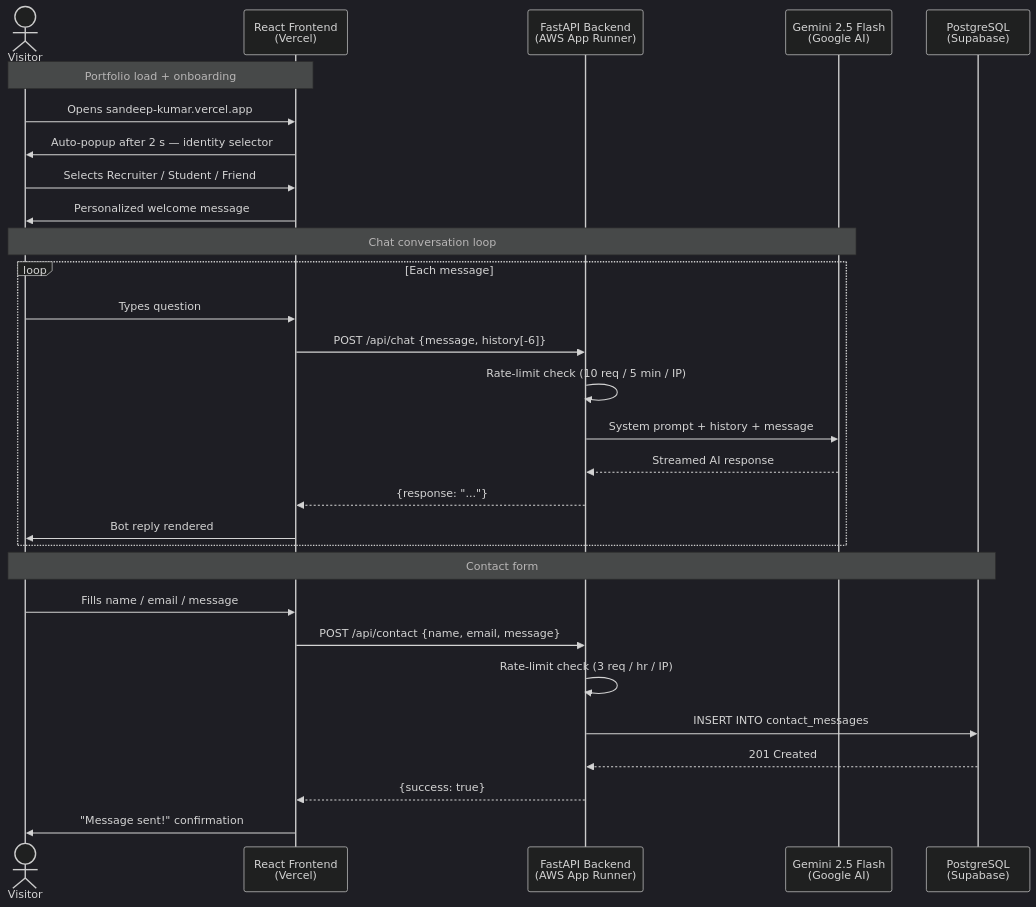
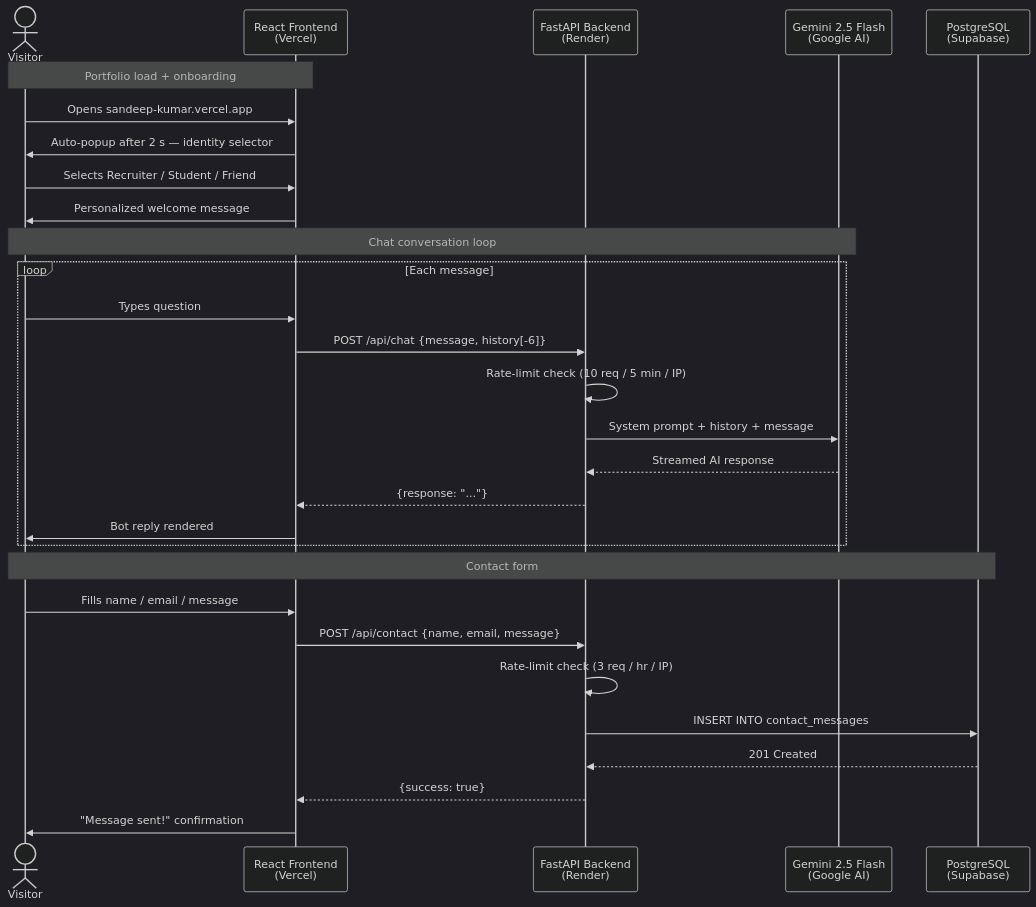
The second of 3 diagrams in README.md (Qisanxi/Portfolio), drawn with Mermaid (dark theme) before and after one commit. The commit also changed other lines of this file, not shown here.

First line of the commit message:
docs: update deployment — Render backend, AWS Lambda as future goal

````diff
--- a/README.md
+++ b/README.md
@@ -90,34 +90,34 @@
 ```mermaid
 sequenceDiagram
     actor V as Visitor
     participant FE as React Frontend<br/>(Vercel)
-    participant API as FastAPI Backend<br/>(AWS App Runner)
+    participant API as FastAPI Backend<br/>(Render)
     participant AI as Gemini 2.5 Flash<br/>(Google AI)
     participant DB as PostgreSQL<br/>(Supabase)
 
     Note over V,FE: Portfolio load + onboarding
     V->>FE: Opens sandeep-kumar.vercel.app
     FE->>V: Auto-popup after 2 s — identity selector
     V->>FE: Selects Recruiter / Student / Friend
     FE->>V: Personalized welcome message
 
     Note over V,AI: Chat conversation loop
     loop Each message
         V->>FE: Types question
         FE->>API: POST /api/chat {message, history[-6]}
         API->>API: Rate-limit check (10 req / 5 min / IP)
         API->>AI: System prompt + history + message
         AI-->>API: Streamed AI response
         API-->>FE: {response: "..."}
         FE->>V: Bot reply rendered
     end
 
     Note over V,DB: Contact form
     V->>FE: Fills name / email / message
     FE->>API: POST /api/contact {name, email, message}
     API->>API: Rate-limit check (3 req / hr / IP)
     API->>DB: INSERT INTO contact_messages
     DB-->>API: 201 Created
     API-->>FE: {success: true}
     FE->>V: "Message sent!" confirmation
 ```
````
